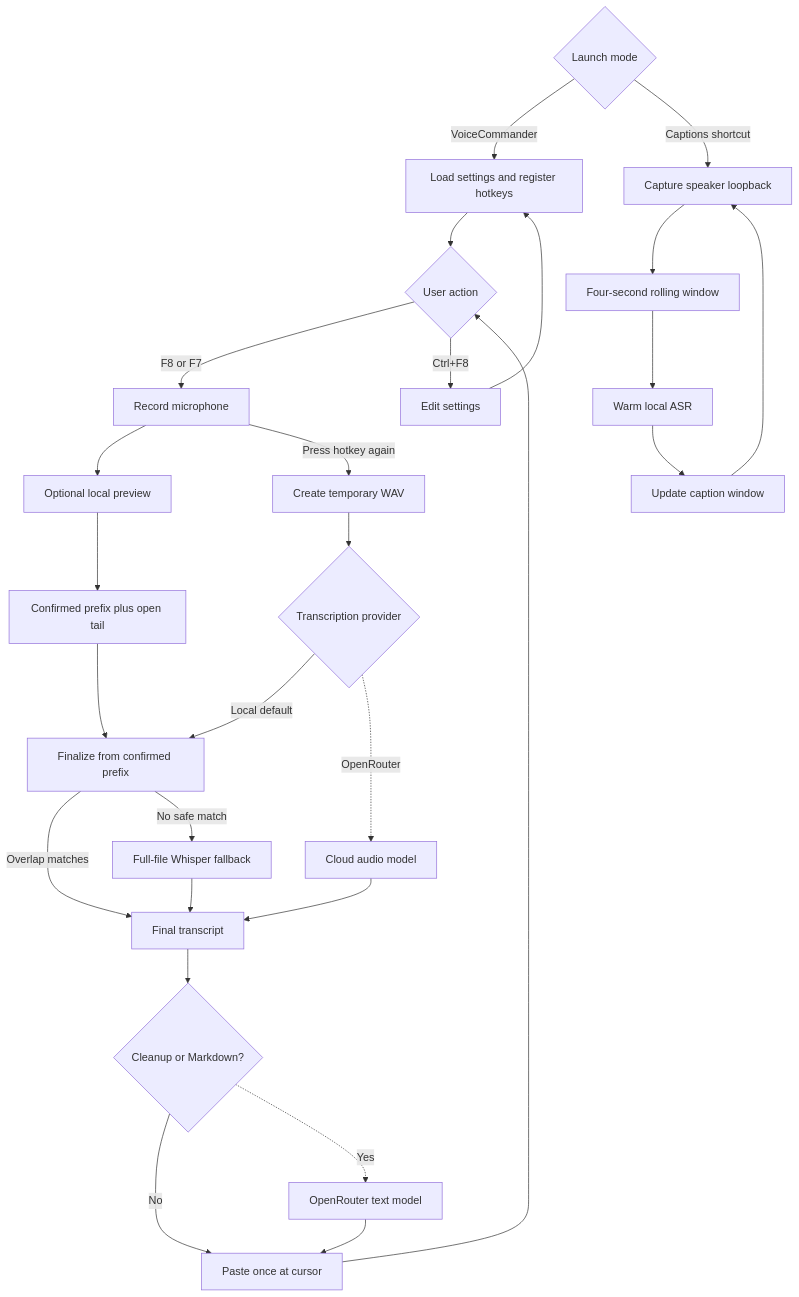
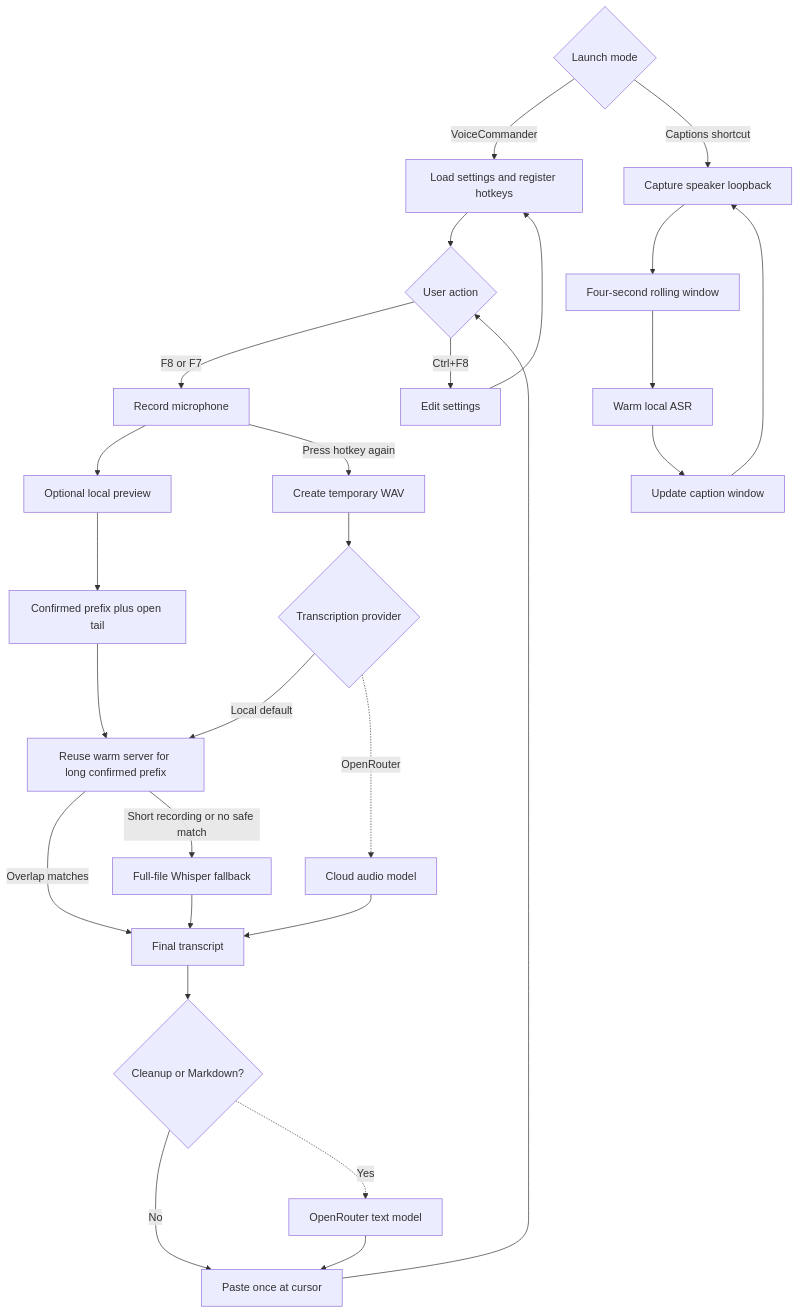
Before and after one commit to adevol/VoiceCommander: the first of 2 diagrams in README.md, drawn with Mermaid. The commit also changed other lines of this file, not shown here.

Commit message:
docs: clarify long-form preview reuse

````diff
--- a/README.md
+++ b/README.md
@@ -29,32 +29,32 @@
 ```mermaid
 flowchart TD
     A{Launch mode} -->|VoiceCommander| B[Load settings and register hotkeys]
     A -->|Captions shortcut| N[Capture speaker loopback]
 
     B --> C{User action}
     C -->|F8 or F7| D[Record microphone]
     C -->|Ctrl+F8| E[Edit settings]
     E --> B
 
     D --> F[Optional local preview]
     F --> S[Confirmed prefix plus open tail]
     D -->|Press hotkey again| G[Create temporary WAV]
     G --> H{Transcription provider}
-    H -->|Local default| I[Finalize from confirmed prefix]
+    H -->|Local default| I[Reuse warm server for long confirmed prefix]
     H -.->|OpenRouter| J[Cloud audio model]
     S --> I
     I -->|Overlap matches| K[Final transcript]
-    I -->|No safe match| T[Full-file Whisper fallback]
+    I -->|Short recording or no safe match| T[Full-file Whisper fallback]
     T --> K
     J --> K
     K --> L{Cleanup or Markdown?}
     L -->|No| M[Paste once at cursor]
     L -.->|Yes| O[OpenRouter text model]
     O --> M
     M --> C
 
     N --> P[Four-second rolling window]
     P --> Q[Warm local ASR]
     Q --> R[Update caption window]
     R --> N
 ```
````
